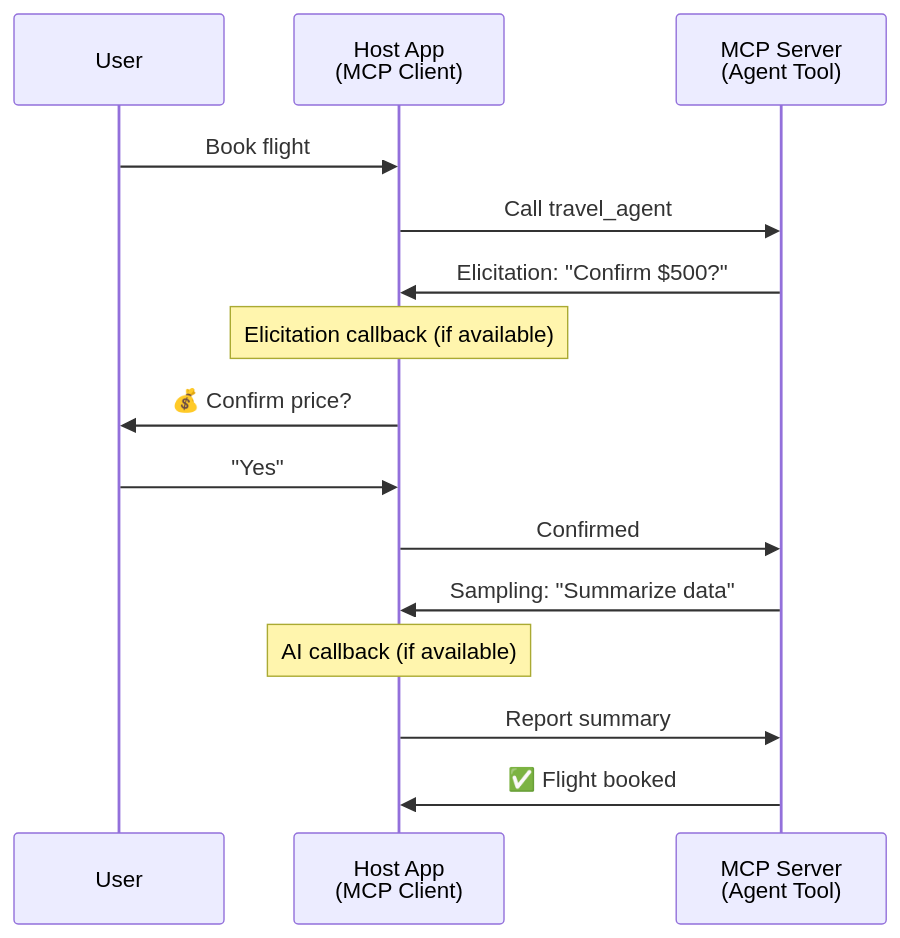
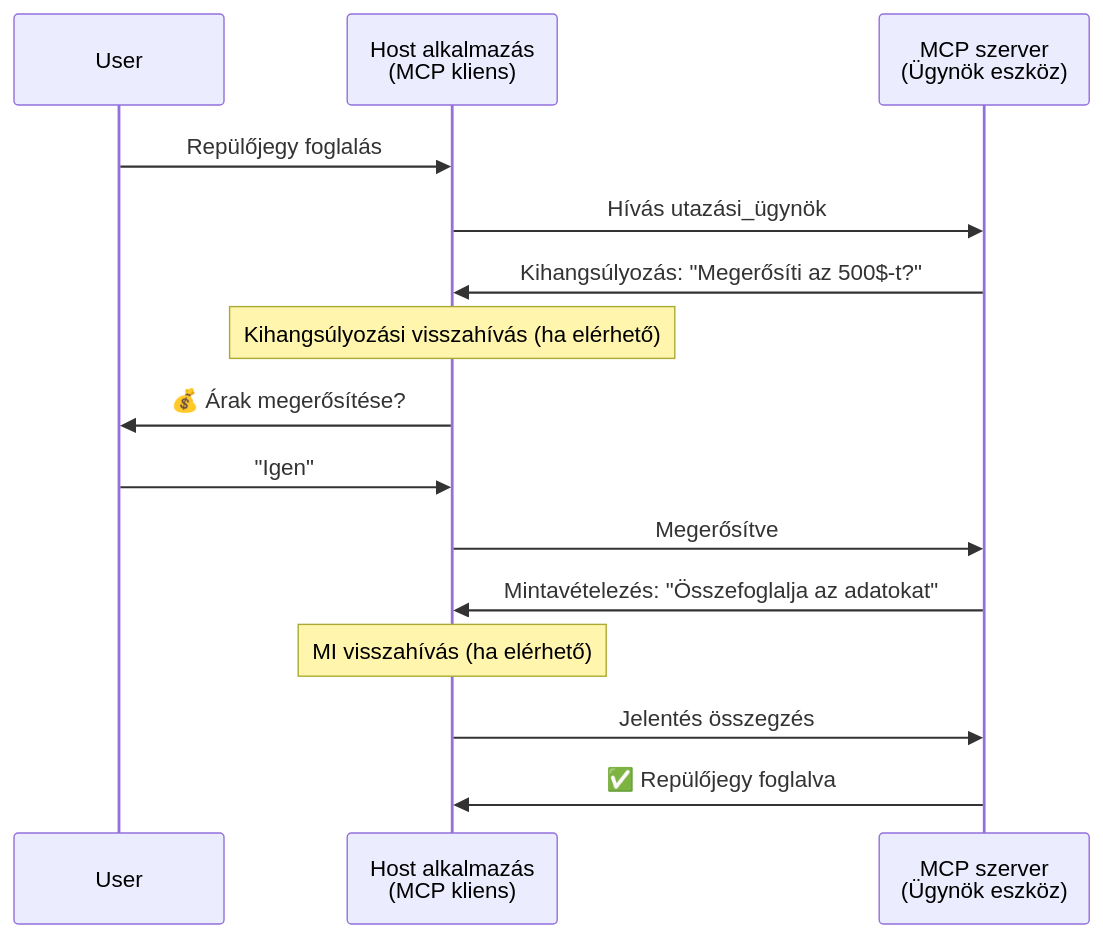
One commit to microsoft/ai-agents-for-beginners changed the fourth of 5 diagrams in translations/hu/11-agentic-protocols/code_samples/mcp-agents/README.md. Above: the diagram before and after it, drawn with Mermaid. The commit also changed other lines of this file and 222 other files, not shown here.

````diff
--- a/translations/hu/11-agentic-protocols/code_samples/mcp-agents/README.md
+++ b/translations/hu/11-agentic-protocols/code_samples/mcp-agents/README.md
@@ -163,21 +163,21 @@
 ```mermaid
 sequenceDiagram
     participant User
-    participant Host as Host App<br/>(MCP Client)
-    participant Server as MCP Server<br/>(Agent Tool)
+    participant Host as Host alkalmazás<br/>(MCP kliens)
+    participant Server as MCP szerver<br/>(Ügynök eszköz)
 
-    User->>Host: Book flight
-    Host->>Server: Call travel_agent
+    User->>Host: Repülőjegy foglalás
+    Host->>Server: Hívás utazási_ügynök
 
-    Server->>Host: Elicitation: "Confirm $500?"
-    Note over Host: Elicitation callback (if available)
-    Host->>User: 💰 Confirm price?
-    User->>Host: "Yes"
-    Host->>Server: Confirmed
+    Server->>Host: Kihangsúlyozás: "Megerősíti az 500$-t?"
+    Note over Host: Kihangsúlyozási visszahívás (ha elérhető)
+    Host->>User: 💰 Árak megerősítése?
+    User->>Host: "Igen"
+    Host->>Server: Megerősítve
 
-    Server->>Host: Sampling: "Summarize data"
-    Note over Host: AI callback (if available)
-    Host->>Server: Report summary
+    Server->>Host: Mintavételezés: "Összefoglalja az adatokat"
+    Note over Host: MI visszahívás (ha elérhető)
+    Host->>Server: Jelentés összegzés
 
-    Server->>Host: ✅ Flight booked
+    Server->>Host: ✅ Repülőjegy foglalva
 ```
````
